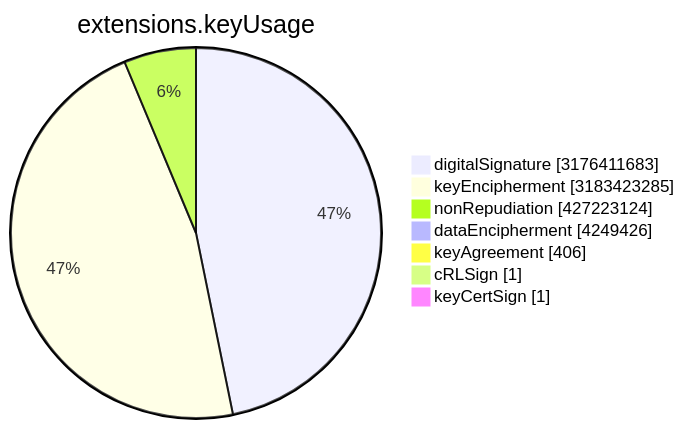
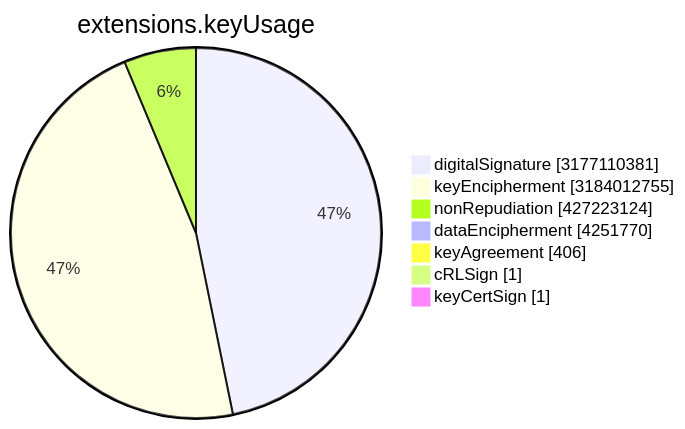
Before and after one commit to christiankrug/ctmonitor_visualization: the sixth of 15 diagrams in TOTAL/README.md, drawn with Mermaid. The commit also changed other lines of this file, not shown here.

````diff
--- a/TOTAL/README.md
+++ b/TOTAL/README.md
@@ -3077,11 +3077,11 @@
 ```mermaid
 pie showData
 title extensions.keyUsage
-"digitalSignature" :3176411683
-"keyEncipherment" :3183423285
+"digitalSignature" :3177110381
+"keyEncipherment" :3184012755
 "nonRepudiation" :427223124
-"dataEncipherment" :4249426
+"dataEncipherment" :4251770
 "keyAgreement" :406
 "cRLSign" :1
 "keyCertSign" :1
 ```
````
